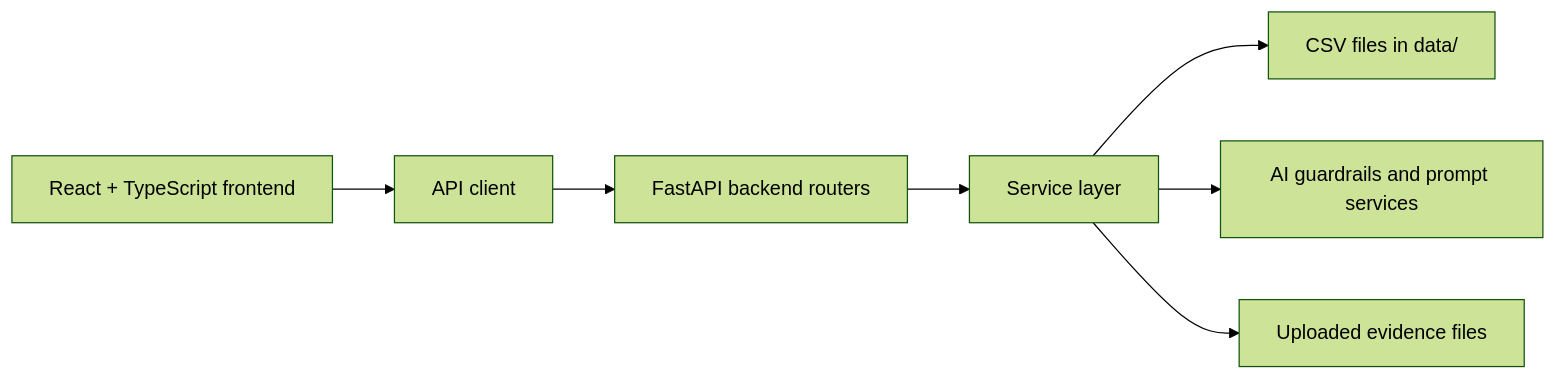
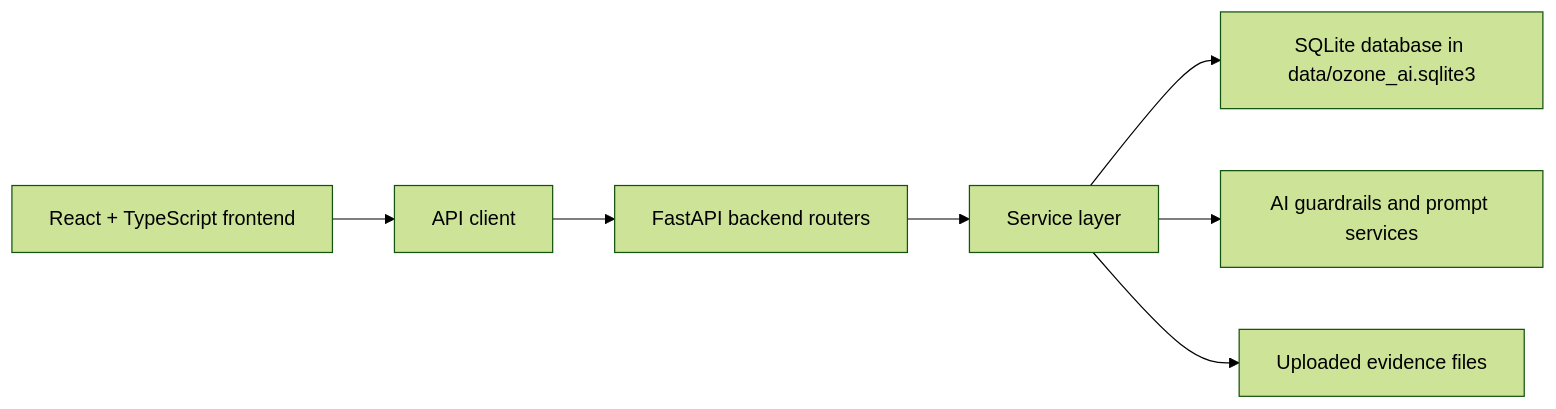
One commit to chaitu713/supplier-intelligence-react-v2 changed the first of 4 diagrams in TECHNICAL_DOCUMENTATION.md. Above: the diagram before and after it, drawn with Mermaid (forest theme). The commit also changed other lines of this file and 73 other files, not shown here.

````diff
--- a/TECHNICAL_DOCUMENTATION.md
+++ b/TECHNICAL_DOCUMENTATION.md
@@ -15,9 +15,9 @@
 ```mermaid
 flowchart LR
     A["React + TypeScript frontend"] --> B["API client"]
     B --> C["FastAPI backend routers"]
     C --> D["Service layer"]
-    D --> E["CSV files in data/"]
+    D --> E["SQLite database in data/ozone_ai.sqlite3"]
     D --> F["AI guardrails and prompt services"]
     D --> G["Uploaded evidence files"]
 ```
````
